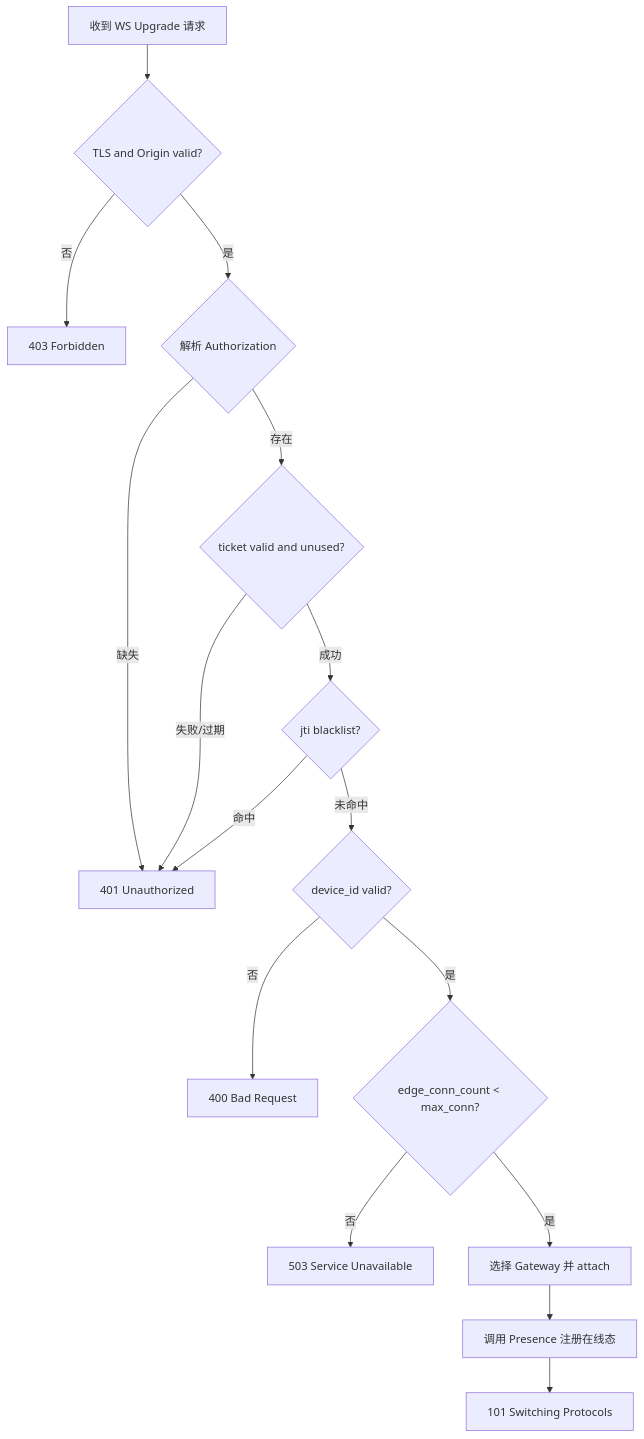
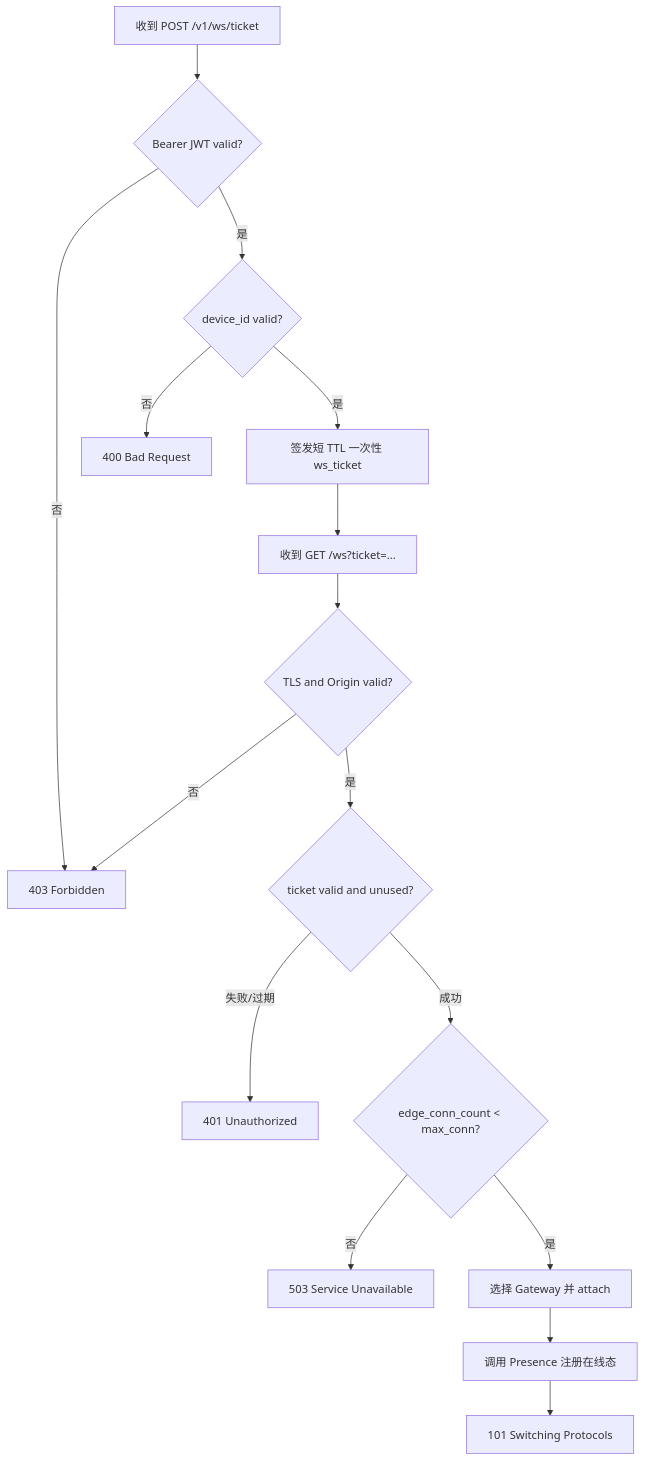
One commit to HappyLadySauce/Beehive-IM changed the fifth of 8 diagrams in docs/gateway/DESIGN.md. Above: the diagram before and after it, drawn with Mermaid. The commit also changed other lines of this file and 103 other files, not shown here.

````diff
--- a/docs/gateway/DESIGN.md
+++ b/docs/gateway/DESIGN.md
@@ -257,18 +265,18 @@
 ```mermaid
 flowchart TD
-    A[收到 WS Upgrade 请求] --> B{TLS and Origin valid?}
+    A[收到 POST /v1/ws/ticket] --> B{Bearer JWT valid?}
     B -->|否| R403[403 Forbidden]
-    B -->|是| C{解析 Authorization}
-    C -->|缺失| R401[401 Unauthorized]
-    C -->|存在| D{ticket valid and unused?}
-    D -->|失败/过期| R401
-    D -->|成功| E{jti blacklist?}
-    E -->|命中| R401
-    E -->|未命中| F{device_id valid?}
-    F -->|否| R400[400 Bad Request]
-    F -->|是| G{edge_conn_count < max_conn?}
-    G -->|否| R503[503 Service Unavailable]
-    G -->|是| H[选择 Gateway 并 attach]
-    H --> I[调用 Presence 注册在线态]
-    I --> J[101 Switching Protocols]
+    B -->|是| C{device_id valid?}
+    C -->|否| R400[400 Bad Request]
+    C -->|是| D[签发短 TTL 一次性 ws_ticket]
+    D --> E[收到 GET /ws?ticket=...]
+    E --> F{TLS and Origin valid?}
+    F -->|否| R403
+    F -->|是| G{ticket valid and unused?}
+    G -->|失败/过期| R401[401 Unauthorized]
+    G -->|成功| H{edge_conn_count < max_conn?}
+    H -->|否| R503[503 Service Unavailable]
+    H -->|是| I[选择 Gateway 并 attach]
+    I --> J[调用 Presence 注册在线态]
+    J --> K[101 Switching Protocols]
 ```
````
